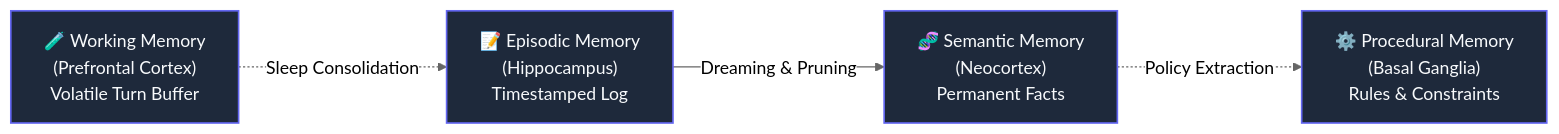
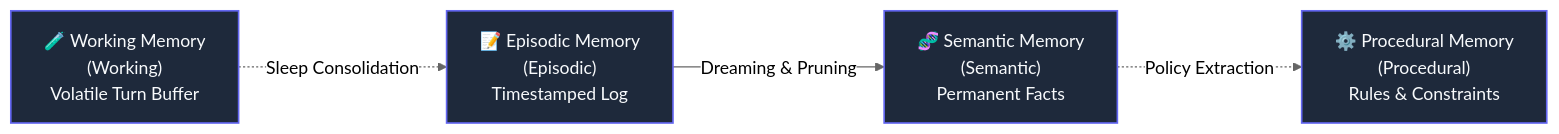
The first of 2 diagrams in docs/faq.md (spectrayan/spector), drawn with Mermaid (neutral theme) before and after one commit. The commit also changed other lines of this file and 50 other files, not shown here.

````diff
--- a/docs/faq.md
+++ b/docs/faq.md
@@ -65,14 +65,14 @@
 ```mermaid
 flowchart LR
-    WM["🧪 Working Memory<br/>(Prefrontal Cortex)<br/>Volatile Turn Buffer"]
-    EM["📝 Episodic Memory<br/>(Hippocampus)<br/>Timestamped Log"]
-    SE["🧬 Semantic Memory<br/>(Neocortex)<br/>Permanent Facts"]
-    PR["⚙️ Procedural Memory<br/>(Basal Ganglia)<br/>Rules & Constraints"]
+    WM["🧪 Working Memory<br/>(Working)<br/>Volatile Turn Buffer"]
+    EM["📝 Episodic Memory<br/>(Episodic)<br/>Timestamped Log"]
+    SE["🧬 Semantic Memory<br/>(Semantic)<br/>Permanent Facts"]
+    PR["⚙️ Procedural Memory<br/>(Procedural)<br/>Rules & Constraints"]
 
     WM -.->|"Sleep Consolidation"| EM
     EM -->|"Dreaming & Pruning"| SE
     SE -.->|"Policy Extraction"| PR
 
     classDef t fill:#1e293b,stroke:#6366f1,stroke-width:1.5px,color:#f8fafc
     class WM,EM,SE,PR t
 ```
````
